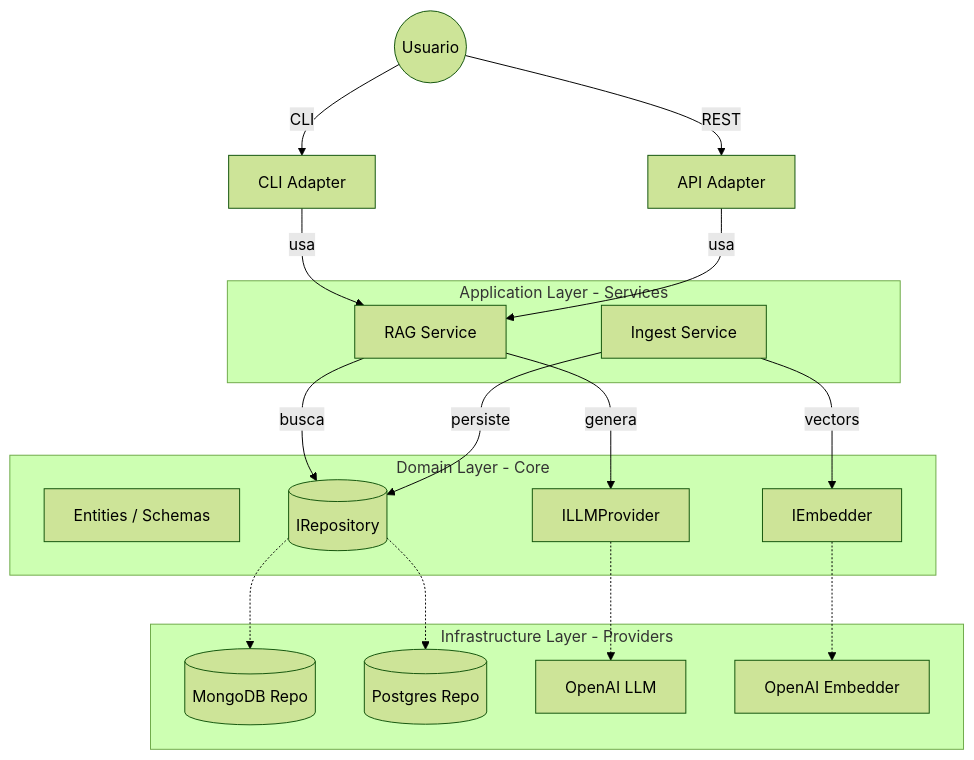
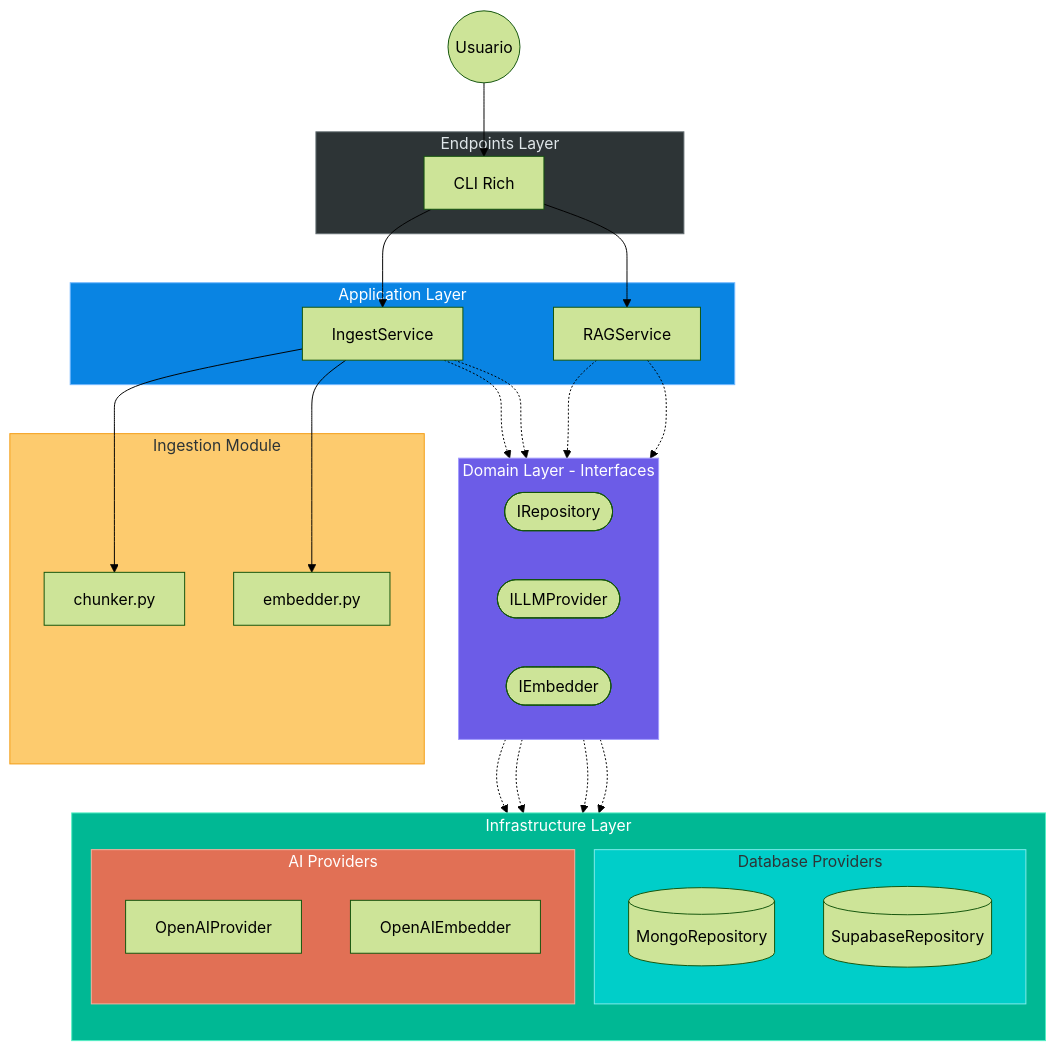
The diagram in README.md (FullFran/Hybrid-RAG-example), drawn with Mermaid (forest theme) before and after one commit. The commit also changed other lines of this file and 4 other files, not shown here.

First line of the commit message:
feat: add mermaid-diagrams skill and improve architecture docs

````diff
--- a/README.md
+++ b/README.md
@@ -29,37 +27,63 @@
 ```mermaid
-graph TD
+flowchart TB
     User((Usuario))
-    User -- CLI --> CLI[CLI Adapter]
-    User -- REST --> WebAPI[API Adapter]
 
-    subgraph Capa_Aplicacion [Application Layer - Services]
-        RAG[RAG Service]
-        Ingest[Ingest Service]
+    subgraph Endpoints["Endpoints Layer"]
+        CLI[CLI Rich]
     end
 
-    subgraph Capa_Dominio [Domain Layer - Core]
-        Schemas[Entities / Schemas]
-        RepoI[(IRepository)]
-        LLMI[ILLMProvider]
-        EmbedI[IEmbedder]
+    subgraph Services["Application Layer"]
+        RAG[RAGService]
+        Ingest[IngestService]
     end
 
-    subgraph Capa_Infraestructura [Infrastructure Layer - Providers]
-        Mongo[(MongoDB Repo)]
-        Postgres[(Postgres Repo)]
-        OpenAI_LLM[OpenAI LLM]
-        OpenAI_Emb[OpenAI Embedder]
+    subgraph Core["Domain Layer - Interfaces"]
+        direction LR
+        IRepo([IRepository])
+        ILLM([ILLMProvider])
+        IEmb([IEmbedder])
     end
 
-    CLI -- usa --> RAG
-    WebAPI -- usa --> RAG
-    RAG -- busca --> RepoI
-    RAG -- genera --> LLMI
-    Ingest -- persiste --> RepoI
-    Ingest -- vectors --> EmbedI
+    subgraph Infra["Infrastructure Layer"]
+        direction TB
+        subgraph DBs["Database Providers"]
+            Mongo[(MongoRepository)]
+            Supa[(SupabaseRepository)]
+        end
+        subgraph AI["AI Providers"]
+            OAILLM[OpenAIProvider]
+            OAIEmb[OpenAIEmbedder]
+        end
+    end
 
-    RepoI -.-> Mongo
-    RepoI -.-> Postgres
-    LLMI -.-> OpenAI_LLM
-    EmbedI -.-> OpenAI_Emb
+    subgraph Ingestion["Ingestion Module"]
+        Chunker[chunker.py]
+        Embedder[embedder.py]
+    end
+
+    User --> CLI
+    CLI --> RAG
+    CLI --> Ingest
+
+    RAG -.-> IRepo
+    RAG -.-> ILLM
+    Ingest -.-> IRepo
+    Ingest -.-> IEmb
+
+    IRepo -.-> Mongo
+    IRepo -.-> Supa
+    ILLM -.-> OAILLM
+    IEmb -.-> OAIEmb
+
+    Ingest --> Chunker
+    Ingest --> Embedder
+
+    %% Layer styling
+    style Endpoints fill:#2d3436,stroke:#636e72,color:#dfe6e9
+    style Services fill:#0984e3,stroke:#74b9ff,color:#fff
+    style Core fill:#6c5ce7,stroke:#a29bfe,color:#fff
+    style Infra fill:#00b894,stroke:#55efc4,color:#fff
+    style Ingestion fill:#fdcb6e,stroke:#f39c12,color:#2d3436
+    style DBs fill:#00cec9,stroke:#81ecec,color:#2d3436
+    style AI fill:#e17055,stroke:#fab1a0,color:#fff
 ```
````
